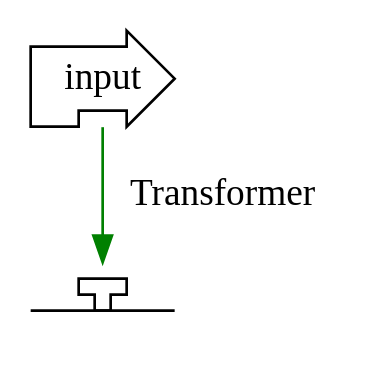
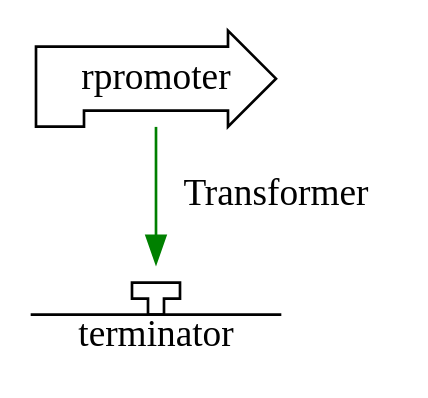
One commit to graphviz-perl/GraphViz2-Marpa changed the diagram in data/10.gv. Above: the diagram before and after it, drawn with Graphviz. The commit also changed 1 other file, not shown here.

```diff
--- a/data/10.gv
+++ b/data/10.gv
@@ -1,8 +1,8 @@
-digraph graph_10
+STRICT digraph graph_10
 {
 	edge ["color" = "green"];
 	node [shape=rpromoter]
-	output [label = "", shape = terminator;];
+	terminator [label = "\nterminator" shape = terminator;];
 
-	input -> output [label = Transformer]
+	rpromoter -> terminator [label = Transformer]
 }
```
